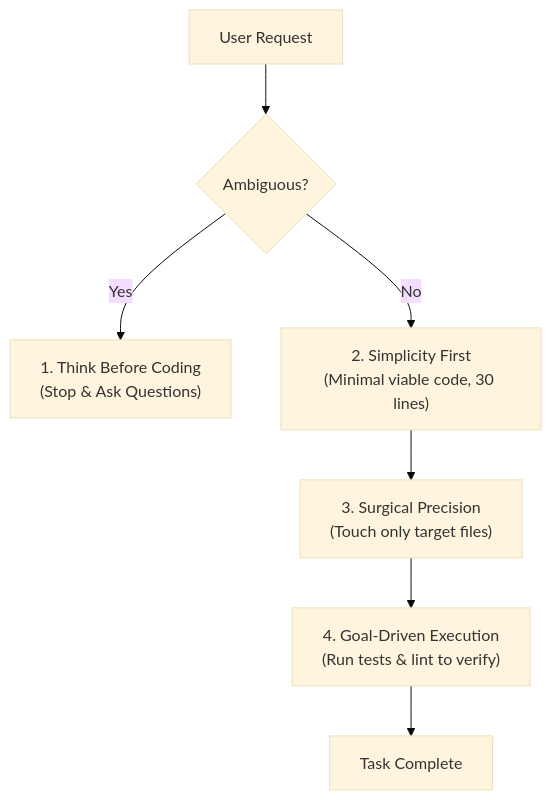
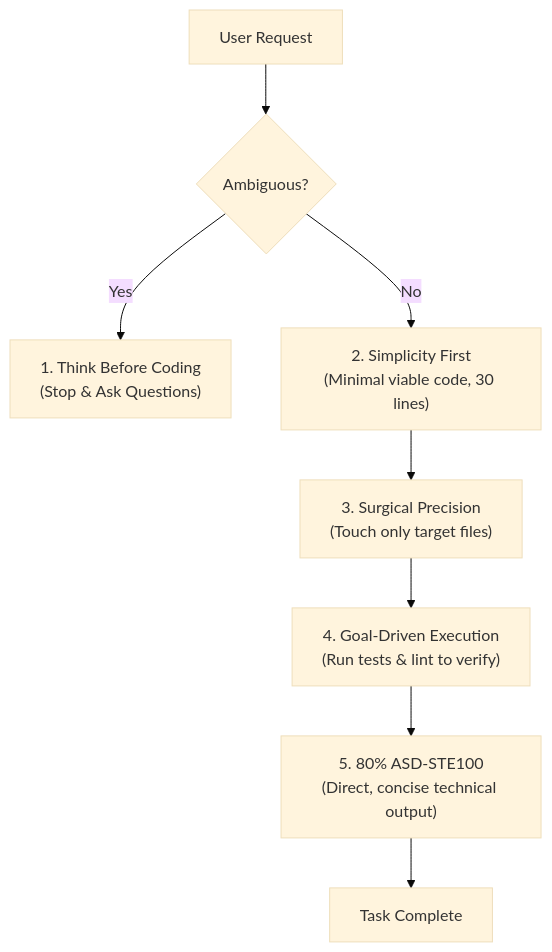
Before and after one commit to nazmulislam-lab/karpathy-guardrails: the diagram in README.md, drawn with Mermaid (base theme). The commit also changed other lines of this file and 7 other files, not shown here.

Commit message:
feat: add 80% ASD-STE100 Simplified Technical English directive

````diff
--- a/README.md
+++ b/README.md
@@ -27,9 +27,10 @@
 ```mermaid
 flowchart TD
     A["User Request"] --> B{"Ambiguous?"}
     B -- Yes --> C["1. Think Before Coding<br/>(Stop & Ask Questions)"]
     B -- No --> D["2. Simplicity First<br/>(Minimal viable code, 30 lines)"]
     D --> E["3. Surgical Precision<br/>(Touch only target files)"]
     E --> F["4. Goal-Driven Execution<br/>(Run tests & lint to verify)"]
-    F --> G["Task Complete"]
+    F --> G["5. 80% ASD-STE100<br/>(Direct, concise technical output)"]
+    G --> H["Task Complete"]
 ```
````
